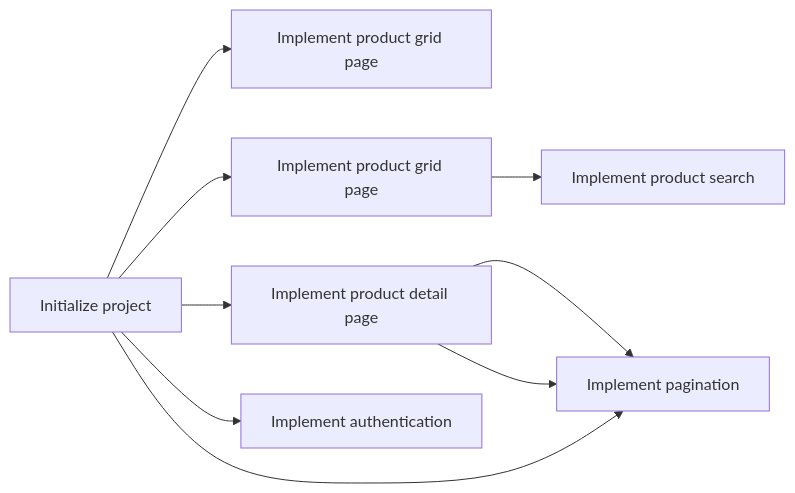
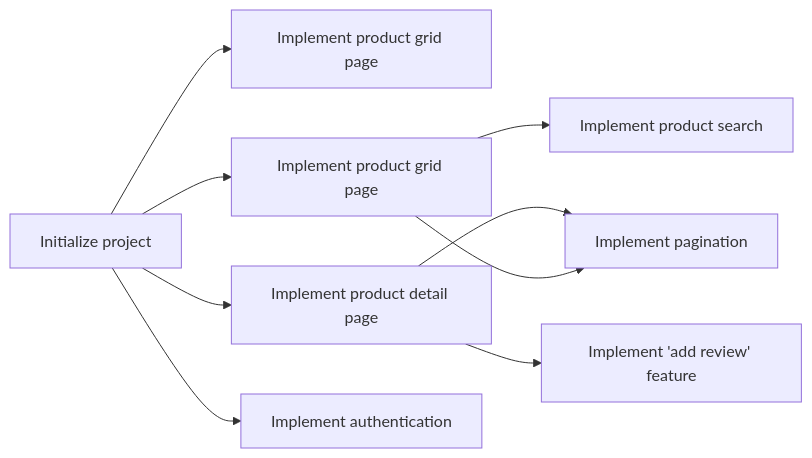
Before and after one commit to PeterNitsche/online-shop: the diagram in LEADERSHIP.md, drawn with Mermaid.

````diff
--- a/LEADERSHIP.md
+++ b/LEADERSHIP.md
@@ -124,11 +124,11 @@
 ```mermaid
 graph LR
     A[Initialize project] -->B[Implement product grid page]
     A --> C[Implement product grid page]
     A --> D[Implement product detail page]
     A --> E[Implement authentication]
     C --> F[Implement product search]
     D --> G[Implement 'add review' feature]
-    D --> G[Implement pagination]
-    A --> G
+    D --> H[Implement pagination]
+    C --> H
 ```
````
